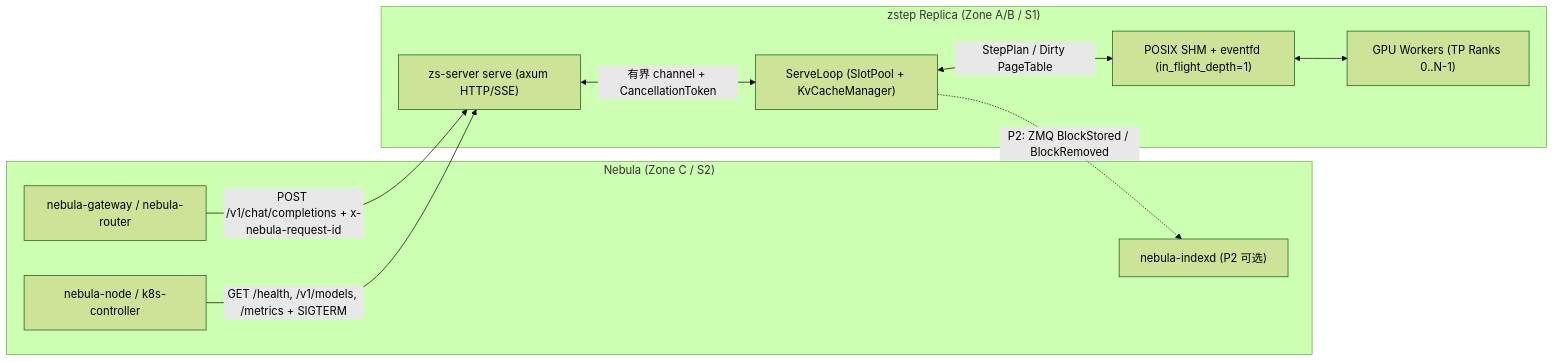
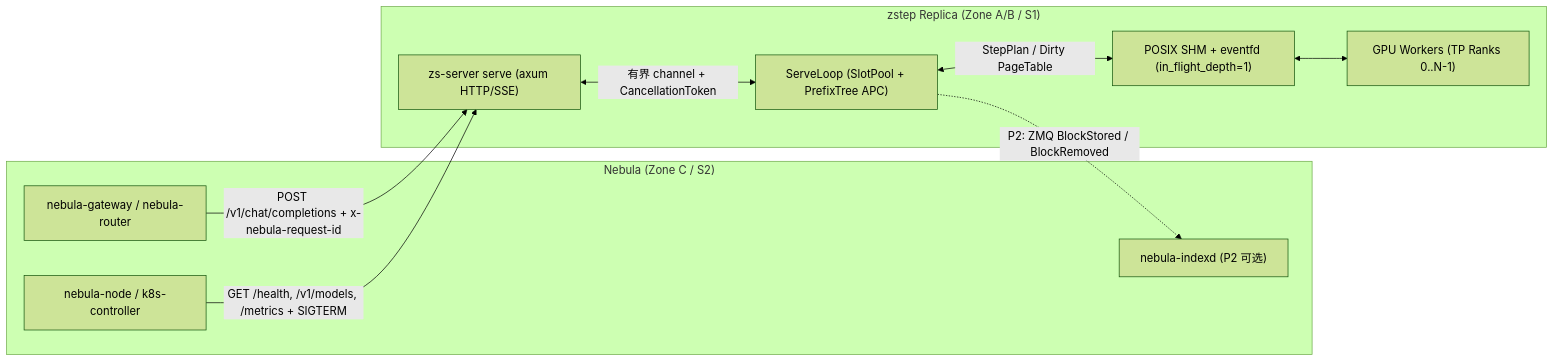
One commit to EeroEternal/nebula changed the diagram in docs/dev/zstep.md. Above: the diagram before and after it, drawn with Mermaid (forest theme). The commit also changed other lines of this file and 4 other files, not shown here.

First line of the commit message:
feat(zstep): enable online Automatic Prefix Caching (APC) capability and contract (#94)

````diff
--- a/docs/dev/zstep.md
+++ b/docs/dev/zstep.md
@@ -14,22 +14,22 @@
 ```mermaid
 flowchart LR
     subgraph NebulaPlane["Nebula (Zone C / S2)"]
         GW["nebula-gateway / nebula-router"]
         Node["nebula-node / k8s-controller"]
         Indexd["nebula-indexd (P2 可选)"]
     end
 
     subgraph ZstepPlane["zstep Replica (Zone A/B / S1)"]
         HTTP["zs-server serve (axum HTTP/SSE)"]
-        Loop["ServeLoop (SlotPool + KvCacheManager)"]
+        Loop["ServeLoop (SlotPool + PrefixTree APC)"]
         SHM["POSIX SHM + eventfd (in_flight_depth=1)"]
         Workers["GPU Workers (TP Ranks 0..N-1)"]
     end
 
     GW -->|"POST /v1/chat/completions + x-nebula-request-id"| HTTP
     Node -->|"GET /health, /v1/models, /metrics + SIGTERM"| HTTP
     HTTP <-->|"有界 channel + CancellationToken"| Loop
     Loop <-->|"StepPlan / Dirty PageTable"| SHM
     SHM <--> Workers
     Loop -.->|"P2: ZMQ BlockStored / BlockRemoved"| Indexd
 ```
````
